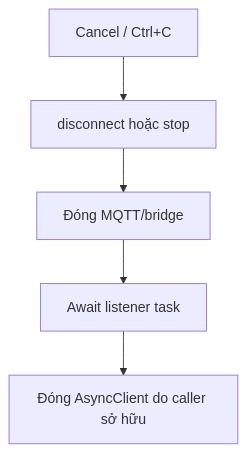
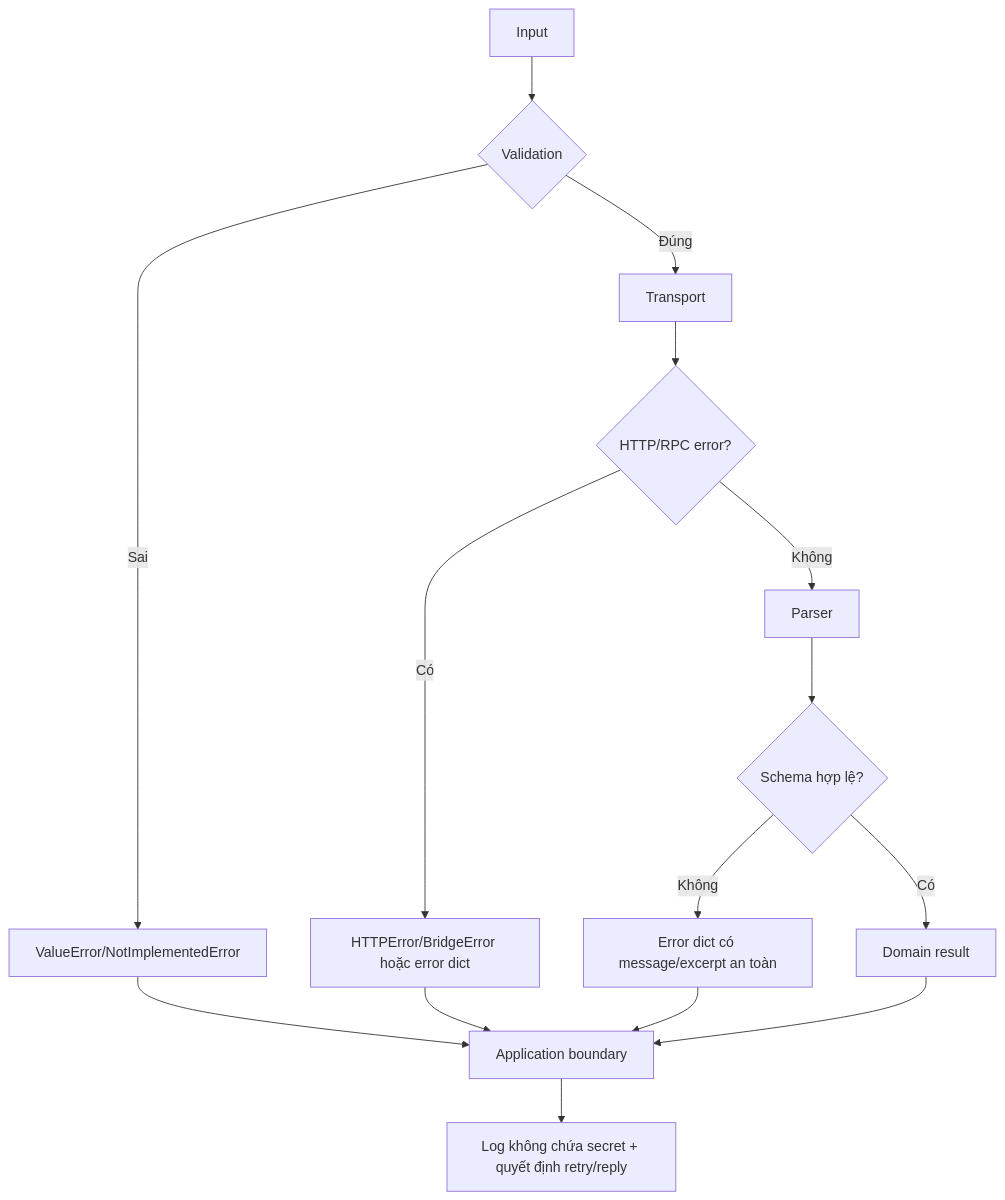
Diagram 13 of 13 in FLOWCHART.md (m008v/fbchat-v2), drawn with Mermaid before and after one commit. The commit also changed other lines of this file and 19 other files, not shown here.

````diff
--- a/FLOWCHART.md
+++ b/FLOWCHART.md
@@ -57,7 +300,17 @@
 ```mermaid
 flowchart TD
-    A[Cancel / Ctrl+C] --> B[disconnect hoặc stop]
-    B --> C[Đóng MQTT/bridge]
-    C --> D[Await listener task]
-    D --> E[Đóng AsyncClient do caller sở hữu]
+    A[Input] --> B{Validation}
+    B -- Sai --> C[ValueError/NotImplementedError]
+    B -- Đúng --> D[Transport]
+    D --> E{HTTP/RPC error?}
+    E -- Có --> F[HTTPError/BridgeError hoặc error dict]
+    E -- Không --> G[Parser]
+    G --> H{Schema hợp lệ?}
+    H -- Không --> I[Error dict có message/excerpt an toàn]
+    H -- Có --> J[Domain result]
+    C --> K[Application boundary]
+    F --> K
+    I --> K
+    J --> K
+    K --> L[Log không chứa secret + quyết định retry/reply]
 ```
````
